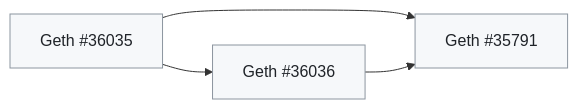
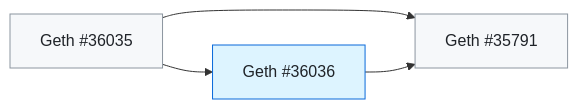
The first of 2 diagrams in docs/client-fixes.md (banteg/trace-interop), drawn with Mermaid before and after one commit. The commit also changed other lines of this file and 13 other files, not shown here.

````diff
--- a/docs/client-fixes.md
+++ b/docs/client-fixes.md
@@ -90,10 +90,11 @@
 ```mermaid
 flowchart LR
   Geth_35791["Geth #35791"]:::open
   Geth_36035["Geth #36035"]:::open
-  Geth_36036["Geth #36036"]:::open
+  Geth_36036["Geth #36036"]:::merged
   Geth_36035 --> Geth_35791
   Geth_36036 --> Geth_35791
   Geth_36035 --> Geth_36036
   classDef open fill:#f6f8fa,stroke:#8c959f,color:#1f2328
+  classDef merged fill:#ddf4ff,stroke:#0969da,color:#1f2328
 ```
````
